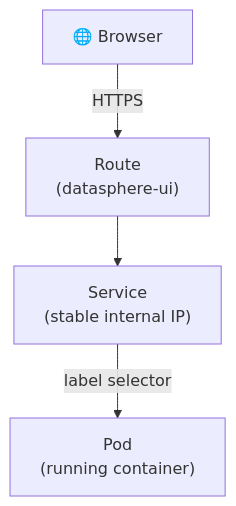
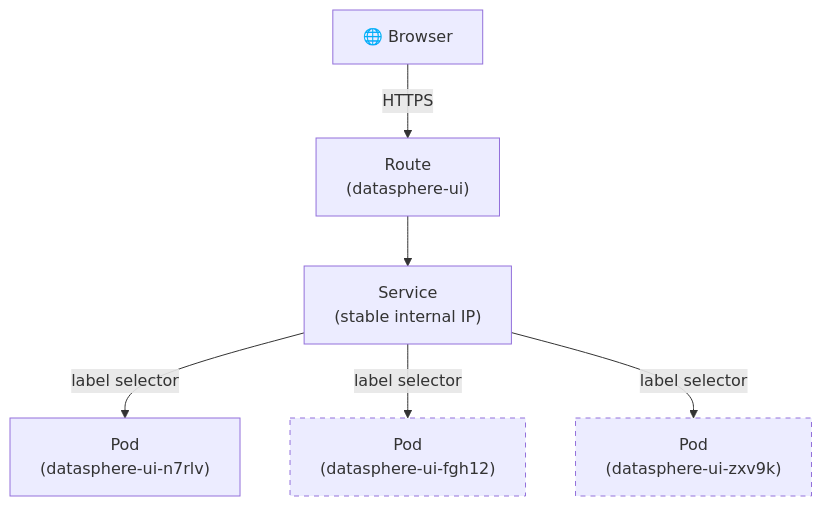
One commit to rhpds/zt-ocp4-getting-started changed the diagram in content/modules/ROOT/pages/lab-01-openshift-concepts.adoc. Above: the diagram before and after it, drawn with Mermaid. The commit also changed other lines of this file and 1 other file, not shown here.

First line of the commit message:
labs: Lab 1 review pass — simplify commands, explain DataSphere, improve diagram

```diff
--- a/content/modules/ROOT/pages/lab-01-openshift-concepts.adoc
+++ b/content/modules/ROOT/pages/lab-01-openshift-concepts.adoc
@@ -312,12 +327,18 @@
 [mermaid]
 ....
 flowchart TB
     B["🌐 Browser"]
     R["Route\n(datasphere-ui)"]
     S["Service\n(stable internal IP)"]
-    P["Pod\n(running container)"]
+    P1["Pod\n(datasphere-ui-n7rlv)"]
+    P2["Pod\n(datasphere-ui-fgh12)"]:::dashed
+    P3["Pod\n(datasphere-ui-zxv9k)"]:::dashed
 
     B -->|"HTTPS"| R
     R --> S
-    S -->|"label selector"| P
+    S -->|"label selector"| P1
+    S -->|"label selector"| P2
+    S -->|"label selector"| P3
+
+    classDef dashed stroke-dasharray: 5 5
 ....
```
